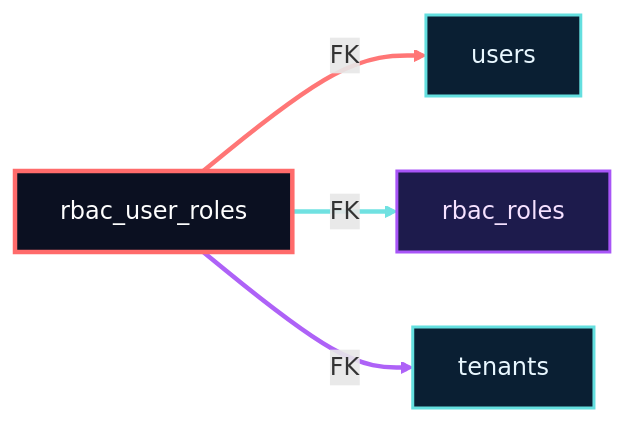
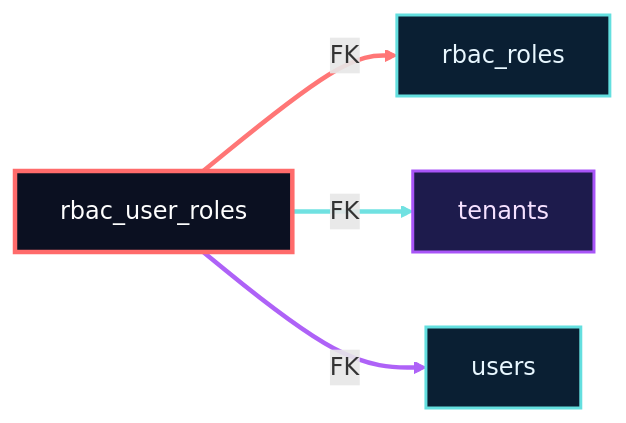
One commit to blackcatdatabase/table-rbac-user-roles changed the diagram in README.md. Above: the diagram before and after it, drawn with Mermaid. The commit also changed 1 other file, not shown here.

````diff
--- a/README.md
+++ b/README.md
@@ -73,15 +73,15 @@
 ```mermaid
 graph LR
   %% Neon lineage view (auto-parsed from docs/definitions.md)
   classDef center fill:#0b1021,stroke:#ff6b6b,stroke-width:3px,color:#fefefe;
   classDef link fill:#0a1f33,stroke:#64dfdf,stroke-width:2px,color:#e8f7ff;
   classDef accent fill:#1d1b4c,stroke:#a855f7,stroke-width:2px,color:#f5e1ff;
   classDef inbound fill:#0f172a,stroke:#10b981,stroke-width:2px,color:#e2fcef;
   rbac_user_roles["rbac_user_roles"]:::center
+  rbac_user_roles -->|FK| rbac_roles["rbac_roles"]:::link
+  rbac_user_roles -->|FK| tenants["tenants"]:::accent
   rbac_user_roles -->|FK| users["users"]:::link
-  rbac_user_roles -->|FK| rbac_roles["rbac_roles"]:::accent
-  rbac_user_roles -->|FK| tenants["tenants"]:::link
   linkStyle 0 stroke:#ff6b6b,stroke-width:3px,opacity:0.92;
   linkStyle 1 stroke:#64dfdf,stroke-width:3px,opacity:0.92;
   linkStyle 2 stroke:#a855f7,stroke-width:3px,opacity:0.92;
 ```
````
